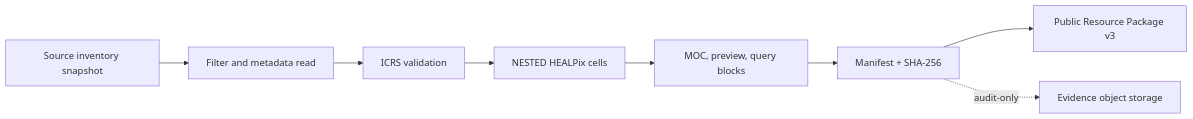
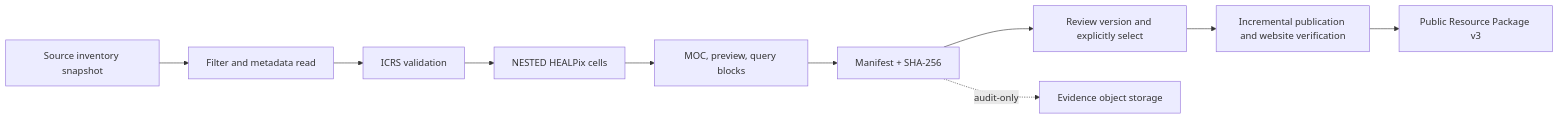
One commit to Astro-Survey-Atlas/Assets changed the second of 2 diagrams in README.md. Above: the diagram before and after it, drawn with Mermaid. The commit also changed other lines of this file and 6 other files, not shown here.

````diff
--- a/README.md
+++ b/README.md
@@ -36,10 +53,12 @@
 ```mermaid
 flowchart LR
   S[Source inventory snapshot] --> F[Filter and metadata read]
   F --> I[ICRS validation]
   I --> H[NESTED HEALPix cells]
   H --> M[MOC, preview, query blocks]
   M --> P[Manifest + SHA-256]
-  P --> R[Public Resource Package v3]
+  P --> V[Review version and explicitly select]
+  V --> C[Incremental publication and website verification]
+  C --> R[Public Resource Package v3]
   P -. audit-only .-> E[Evidence object storage]
 ```
````
